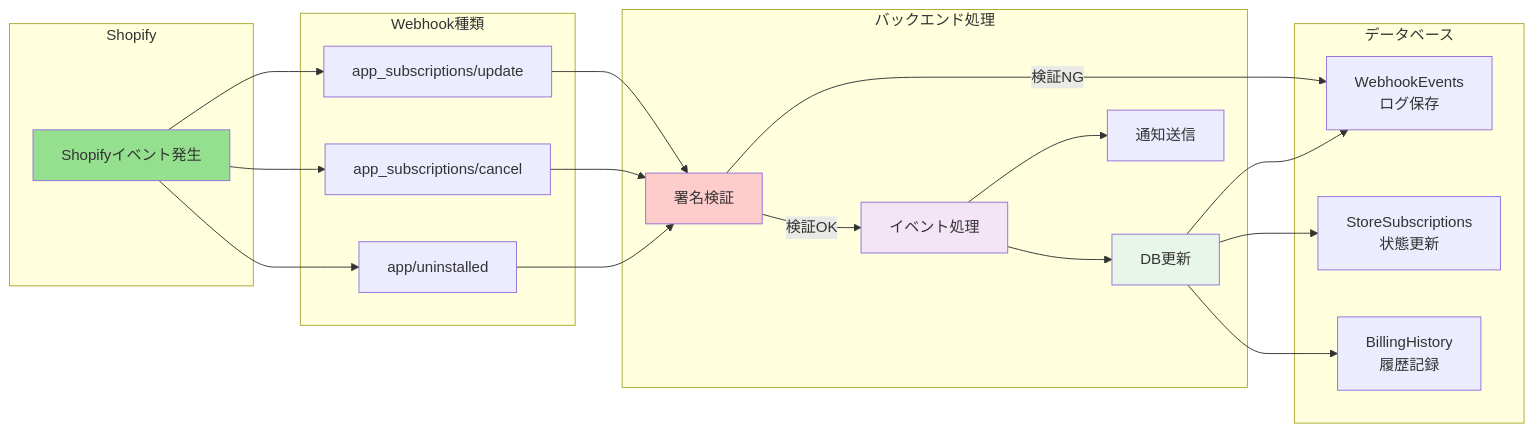
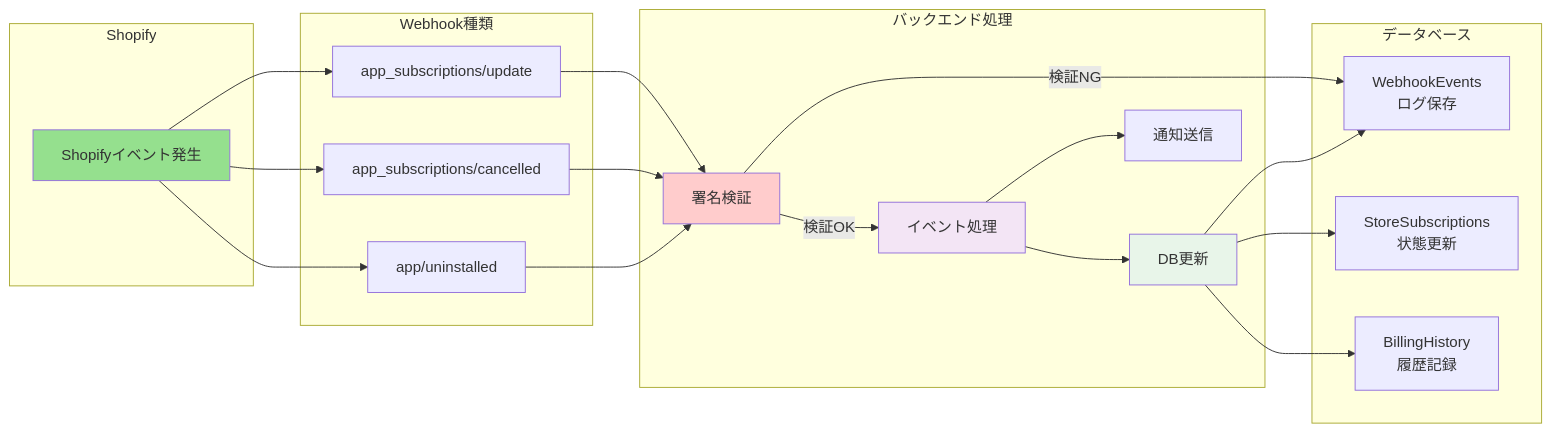
Before and after one commit to sideworks-fuk/shopify-ai-marketing-suite: the sixth of 10 diagrams in docs/06-shopify/02-課金システム/02-技術仕様/フロー図解.md, drawn with Mermaid. The commit also changed other lines of this file and 47 other files, not shown here.

````diff
--- a/docs/06-shopify/02-課金システム/02-技術仕様/フロー図解.md
+++ b/docs/06-shopify/02-課金システム/02-技術仕様/フロー図解.md
@@ -225,48 +225,48 @@
 ```mermaid
 graph LR
     subgraph "Shopify"
         A[Shopifyイベント発生]
     end
     
     subgraph "Webhook種類"
         B[app_subscriptions/update]
-        C[app_subscriptions/cancel]
+        C[app_subscriptions/cancelled]
         D[app/uninstalled]
     end
     
     subgraph "バックエンド処理"
         E[署名検証]
         F[イベント処理]
         G[DB更新]
         H[通知送信]
     end
     
     subgraph "データベース"
         I[WebhookEvents<br/>ログ保存]
         J[StoreSubscriptions<br/>状態更新]
         K[BillingHistory<br/>履歴記録]
     end
     
     A --> B
     A --> C
     A --> D
     
     B --> E
     C --> E
     D --> E
     
     E -->|検証OK| F
     E -->|検証NG| I
     
     F --> G
     F --> H
     
     G --> I
     G --> J
     G --> K
     
     style A fill:#95e08e
     style E fill:#ffcccc
     style F fill:#f3e5f5
     style G fill:#e8f5e9
 ```
````
